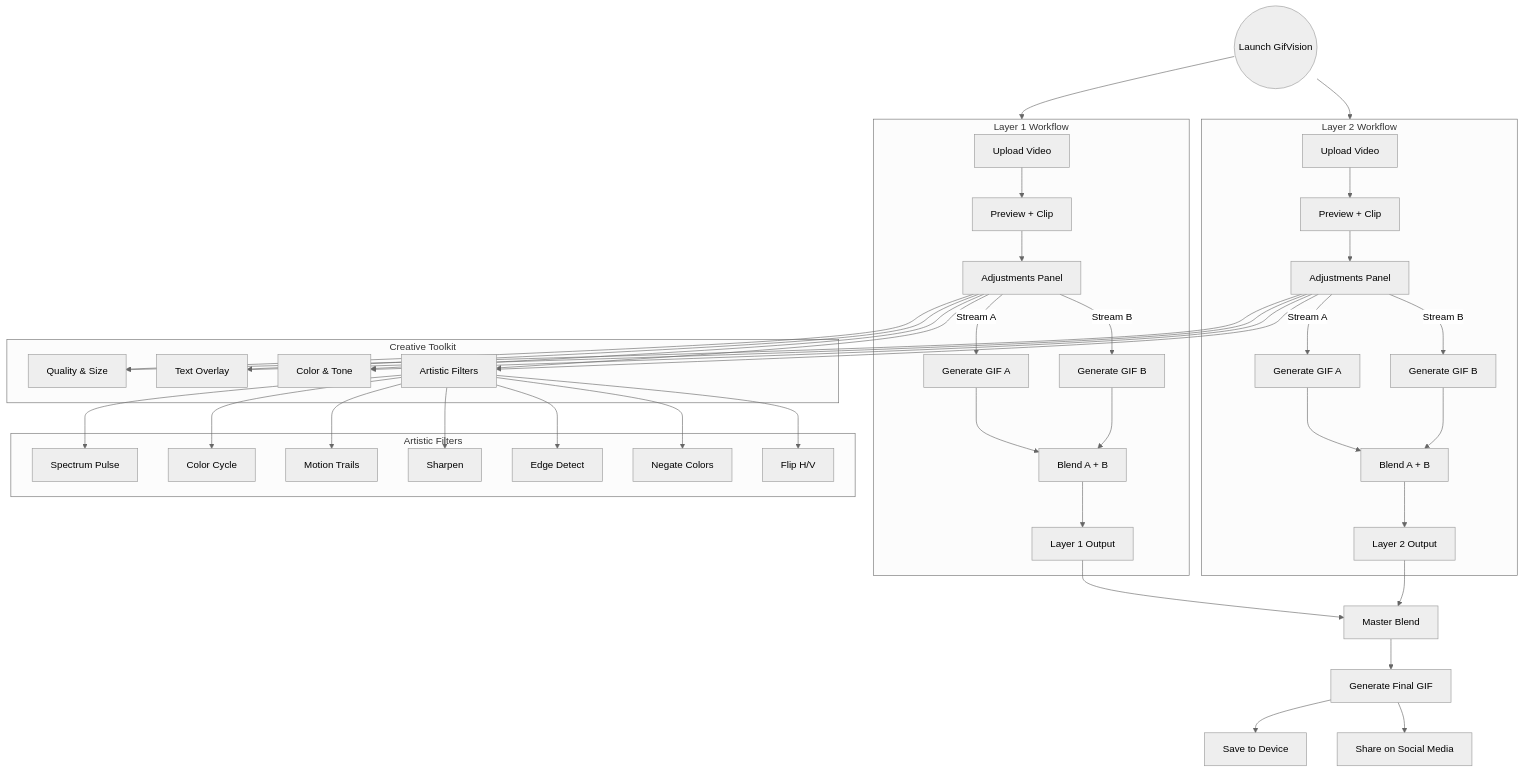
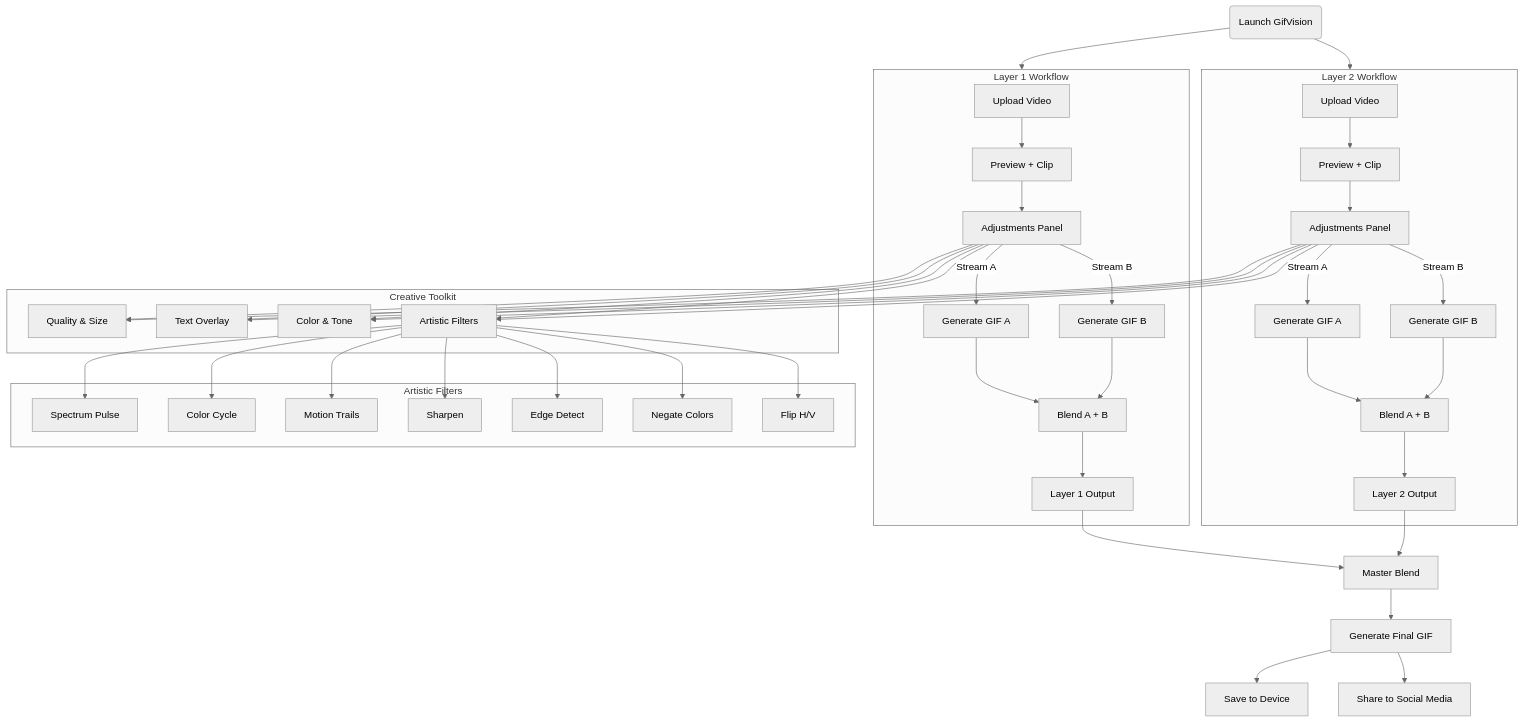
Before and after one commit to invisibleacropolis-ops/InvisibleSupport: the diagram in README.mmd, drawn with Mermaid (neutral theme).

```diff
--- a/README.mmd
+++ b/README.mmd
@@ -1,53 +1,60 @@
 flowchart TD
-  Start@{ shape: circle, label: "Launch GifVision" }
+  Start("Launch GifVision")
 
-  subgraph L1 ["Layer 1 Workflow"]
-    Upload1["Upload Video"] --> Preview1["Preview + Clip"]
-    Preview1 --> Adjust1["Adjustments Panel"]
-    Adjust1 -->|Stream A| GenGIF1A["Generate GIF A"]
-    Adjust1 -->|Stream B| GenGIF1B["Generate GIF B"]
-    GenGIF1A --> Blend1["Blend A + B"]
-    GenGIF1B --> Blend1
-    Blend1 --> Output1["Layer 1 Output"]
+  subgraph Layer1 ["Layer 1 Workflow"]
+    U1["Upload Video"]
+    P1["Preview + Clip"]
+    A1["Adjustments Panel"]
+    G1A["Generate GIF A"]
+    G1B["Generate GIF B"]
+    B1["Blend A + B"]
+    O1["Layer 1 Output"]
+
+    U1 --> P1 --> A1
+    A1 -->|Stream A| G1A --> B1
+    A1 -->|Stream B| G1B --> B1
+    B1 --> O1
   end
 
-  subgraph L2 ["Layer 2 Workflow"]
-    Upload2["Upload Video"] --> Preview2["Preview + Clip"]
-    Preview2 --> Adjust2["Adjustments Panel"]
-    Adjust2 -->|Stream A| GenGIF2A["Generate GIF A"]
-    Adjust2 -->|Stream B| GenGIF2B["Generate GIF B"]
-    GenGIF2A --> Blend2["Blend A + B"]
-    GenGIF2B --> Blend2
-    Blend2 --> Output2["Layer 2 Output"]
+  subgraph Layer2 ["Layer 2 Workflow"]
+    U2["Upload Video"]
+    P2["Preview + Clip"]
+    A2["Adjustments Panel"]
+    G2A["Generate GIF A"]
+    G2B["Generate GIF B"]
+    B2["Blend A + B"]
+    O2["Layer 2 Output"]
+
+    U2 --> P2 --> A2
+    A2 -->|Stream A| G2A --> B2
+    A2 -->|Stream B| G2B --> B2
+    B2 --> O2
   end
 
-  Output1 --> MasterBlend["Master Blend"]
-  Output2 --> MasterBlend
-  MasterBlend --> FinalGIF["Generate Final GIF"]
-  FinalGIF --> Save["Save to Device"]
-  FinalGIF --> Share["Share on Social Media"]
+  O1 --> MB["Master Blend"]
+  O2 --> MB --> FG["Generate Final GIF"]
+  FG --> Save["Save to Device"]
+  FG --> Share["Share to Social Media"]
 
-  subgraph Adjustments ["Creative Toolkit"]
-    Adjust1 --> Quality["Quality & Size"]
-    Adjust1 --> Text["Text Overlay"]
-    Adjust1 --> ColorTone["Color & Tone"]
-    Adjust1 --> Effects["Artistic Filters"]
-    Adjust2 --> Quality
-    Adjust2 --> Text
-    Adjust2 --> ColorTone
-    Adjust2 --> Effects
+  subgraph Filters ["Creative Toolkit"]
+    Q["Quality & Size"]
+    T["Text Overlay"]
+    CT["Color & Tone"]
+    FX["Artistic Filters"]
+    A1 --> Q & T & CT & FX
+    A2 --> Q & T & CT & FX
   end
 
-  subgraph Filters["Artistic Filters"]
-    Spectrum["Spectrum Pulse"]
-    Cycle["Color Cycle"]
-    Trails["Motion Trails"]
-    Sharpen["Sharpen"]
-    Edge["Edge Detect"]
-    Negate["Negate Colors"]
-    Flip["Flip H/V"]
-    Effects --> Spectrum & Cycle & Trails & Sharpen & Edge & Negate & Flip
+  subgraph Effects ["Artistic Filters"]
+    SP["Spectrum Pulse"]
+    CC["Color Cycle"]
+    MT["Motion Trails"]
+    SH["Sharpen"]
+    ED["Edge Detect"]
+    NG["Negate Colors"]
+    FL["Flip H/V"]
+    FX --> SP & CC & MT & SH & ED & NG & FL
   end
 
-  Start --> L1
-  Start --> L2
+  Start --> Layer1
+  Start --> Layer2
```
